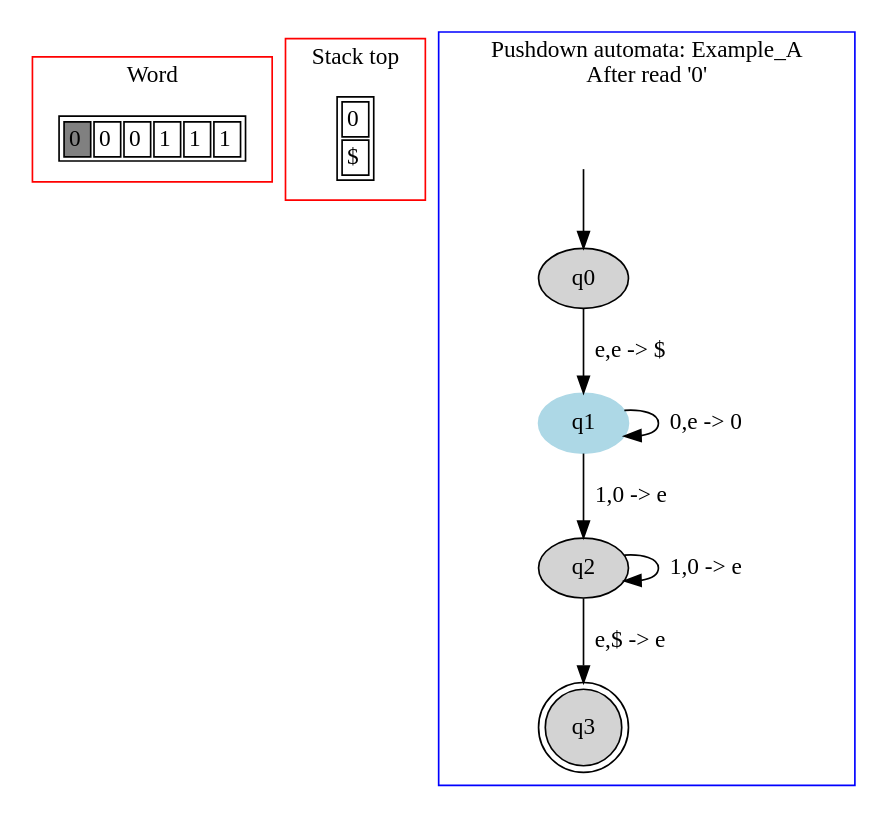
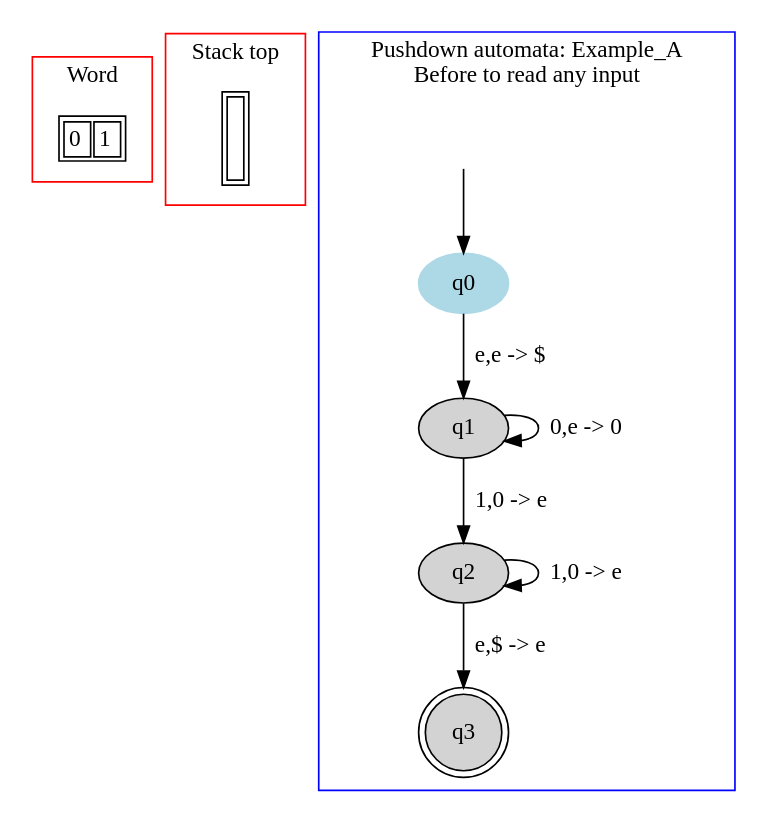
Before and after one commit to danielScLima/pushdown_automata: the diagram in PA/images/file1.dot, drawn with Graphviz. The commit also changed 18 other files, not shown here.

```diff
--- a/PA/images/file1.dot
+++ b/PA/images/file1.dot
@@ -1,51 +1,43 @@
 digraph G {
 	subgraph cluster_0 {
 		node [shape=plaintext];
 
 struct1 [label=<<TABLE>
 <TR>
-<TD BGCOLOR="gray"><FONT>0</FONT></TD>
 <TD><FONT>0</FONT></TD>
-<TD><FONT>0</FONT></TD>
-<TD><FONT>1</FONT></TD>
-<TD><FONT>1</FONT></TD>
 <TD><FONT>1</FONT></TD>
 </TR>
 </TABLE>>];
 label = "Word";
 color=red;
 }
 	subgraph cluster_2 {
 		node [shape=plaintext];
 
 struct2 [label=<<TABLE>
 <TR>
-<TD>
-0</TD>
-</TR>
-<TR>
-<TD>
-$</TD>
+<TD width="10" height="50">
+</TD>
 </TR>
 </TABLE>>];
 label = "Stack top";
 color=red;
 }
 	subgraph cluster_1 {
 		node [style=filled];
 		label = "Pushdown automata: Example_A
-After read '0'"
+Before to read any input"
 		color=blue;
 
-		q0;
-		q1 [color="lightblue"];
+		q0 [color="lightblue"];
+		q1;
 		q2;
 		q3 [shape="doublecircle"];
 		q0->q1[label="e,e -> $"];
 		q1->q1[label="0,e -> 0"];
 		q1->q2[label="1,0 -> e"];
 		q2->q2[label="1,0 -> e"];
 		q2->q3[label="e,$ -> e"];
 x [color=white, label=""];		x->q0	}
 
 }
```
